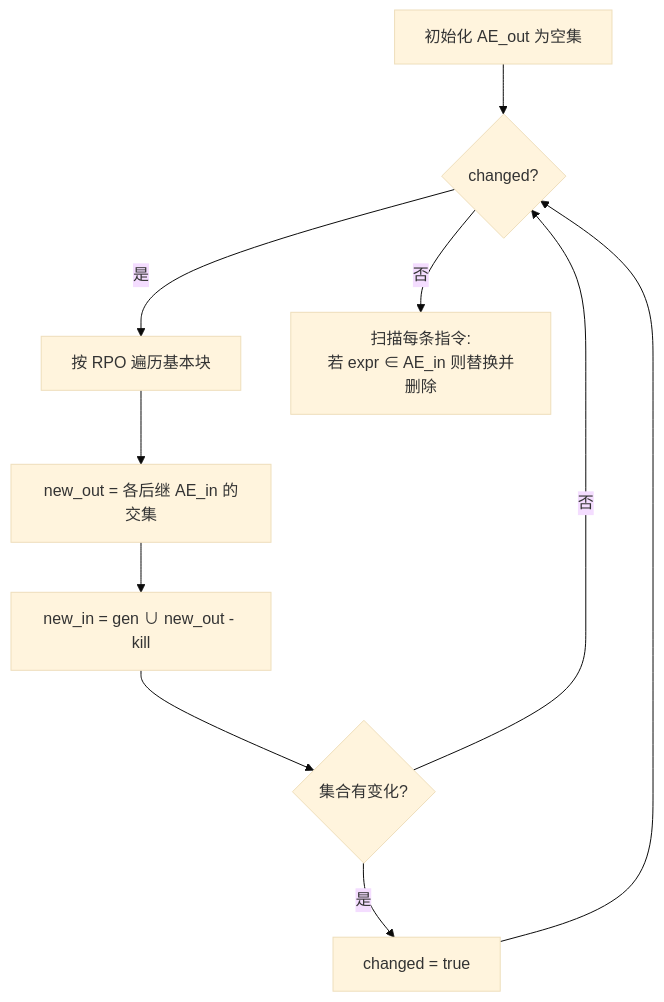
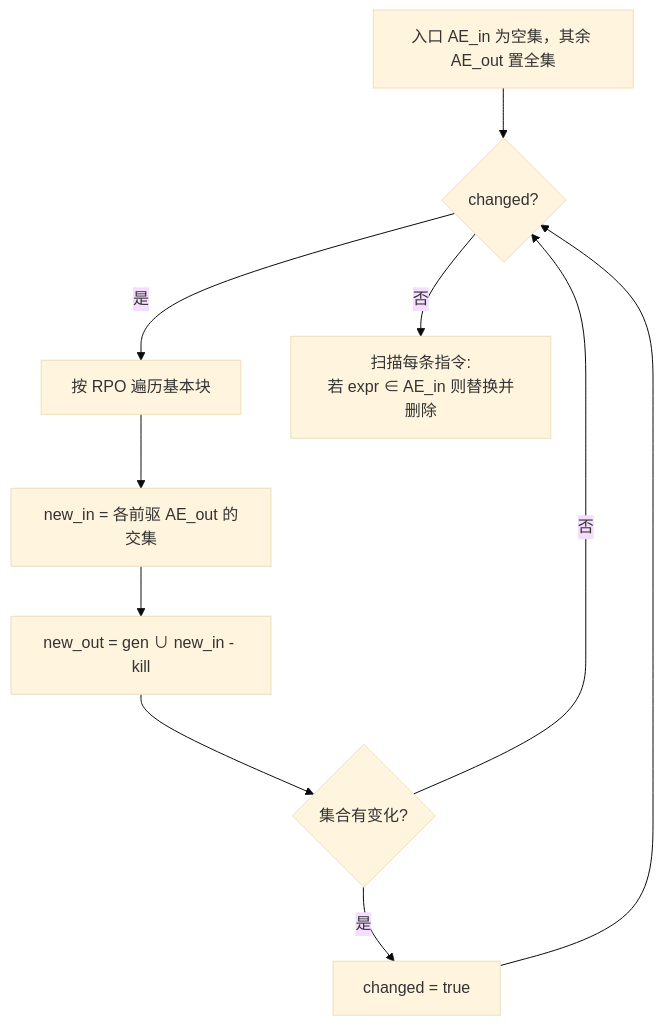
The second of 2 diagrams in docs/optim/ir-cse.md (lightsmilew/compiler-principles), drawn with Mermaid (base theme) before and after one commit. The commit also changed other lines of this file and 32 other files, not shown here.

Commit message:
docs: unify assessment flow and submission guidance

````diff
--- a/docs/optim/ir-cse.md
+++ b/docs/optim/ir-cse.md
@@ -100,11 +109,11 @@
 ```mermaid
 flowchart TD
-  Init[初始化 AE_out 为空集] --> Loop{changed?}
+  Init[入口 AE_in 为空集，其余 AE_out 置全集] --> Loop{changed?}
   Loop -- 是 --> Visit[按 RPO 遍历基本块]
-  Visit --> Meet["new_out = 各后继 AE_in 的交集"]
-  Meet --> Trans[new_in = gen ∪ new_out - kill]
+  Visit --> Meet["new_in = 各前驱 AE_out 的交集"]
+  Meet --> Trans["new_out = gen ∪ new_in - kill"]
   Trans --> Update{集合有变化?}
   Update -- 是 --> Flag[changed = true] --> Loop
   Update -- 否 --> Loop
   Loop -- 否 --> Apply[扫描每条指令:<br/>若 expr ∈ AE_in 则替换并删除]
 ```
````
